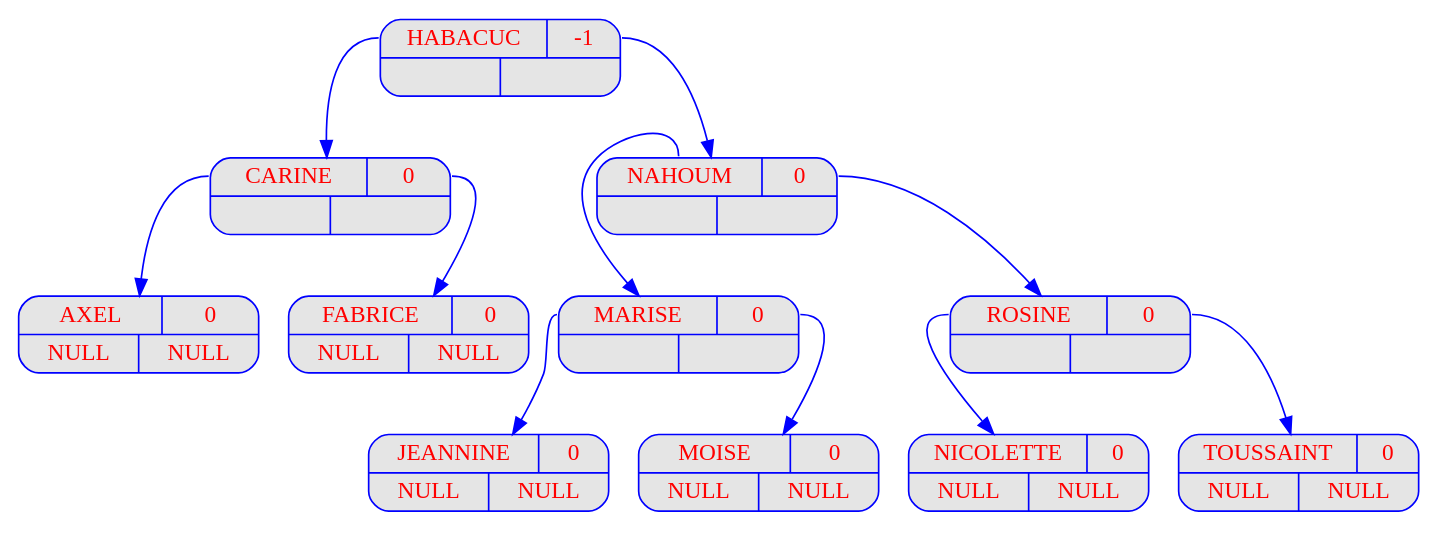
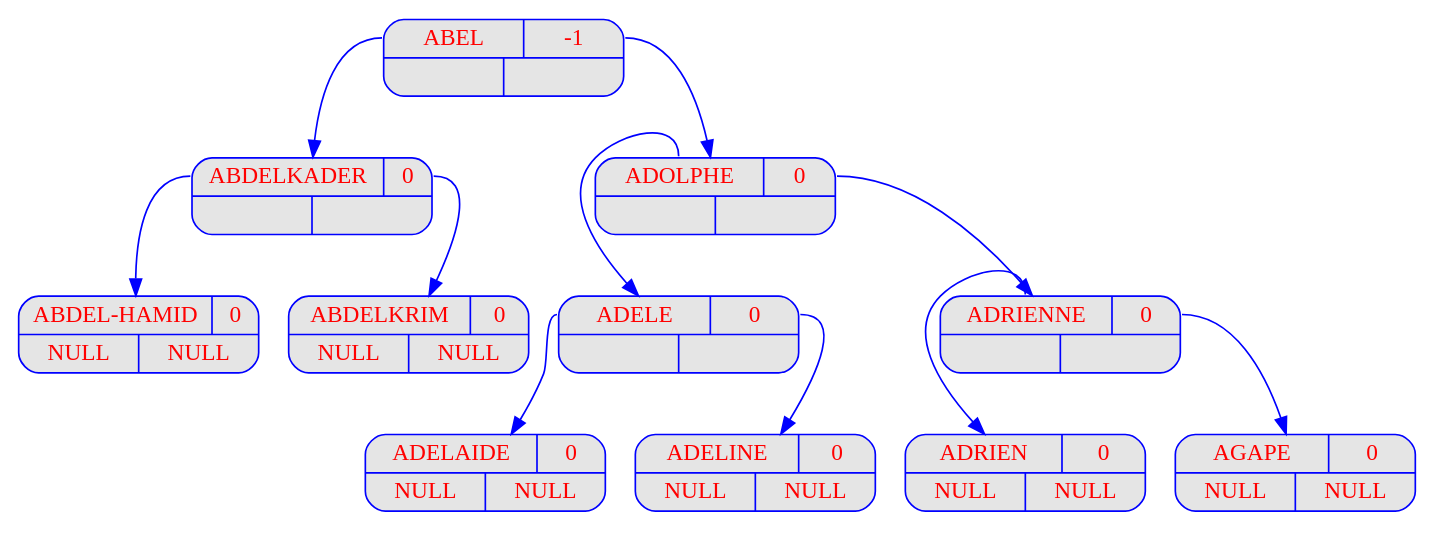
One commit to FilRougeAAP/Fil_Rouge changed the diagram in output_Prog1/dot/displayAVL_v10.dot. Above: the diagram before and after it, drawn with Graphviz. The commit also changed 212 other files, not shown here.

```diff
--- a/output_Prog1/dot/displayAVL_v10.dot
+++ b/output_Prog1/dot/displayAVL_v10.dot
@@ -1,98 +1,44 @@
 digraph displayAVL {
 	node [
 		fontname  = "Arial bold" 
 		fontsize  = "14"
 		fontcolor = "red"
 		style     = "rounded, filled"
 		shape     = "record"
 		fillcolor = "grey90"
 		color     = "blue"
 		width     = "2"
 	]
 
 	edge [
 		color     = "blue"
 	]
 
-	HABACUC
- [label = "{{<g> HABACUC
- | <d> -1 } | { <g> | <d>}}"];
-	HABACUC
-:g -> CARINE
-;
-	CARINE
- [label = "{{<g> CARINE
- | <d> 0 } | { <g> | <d>}}"];
-	CARINE
-:g -> AXEL
-;
-	AXEL
- [label = "{{<g> AXEL
- | <d> 0 } | { <g> | <d>}}"];
-	AXEL
- [label = "{{<g> AXEL
- | <d> 0 }| { <g> NULL | <d> NULL}}"];
-	CARINE
-:d -> FABRICE
-;
-	FABRICE
- [label = "{{<g> FABRICE
- | <d> 0 } | { <g> | <d>}}"];
-	FABRICE
- [label = "{{<g> FABRICE
- | <d> 0 }| { <g> NULL | <d> NULL}}"];
-	HABACUC
-:d -> NAHOUM
-;
-	NAHOUM
- [label = "{{<g> NAHOUM
- | <d> 0 } | { <g> | <d>}}"];
-	NAHOUM
-:g -> MARISE
-;
-	MARISE
- [label = "{{<g> MARISE
- | <d> 0 } | { <g> | <d>}}"];
-	MARISE
-:g -> JEANNINE
-;
-	JEANNINE
- [label = "{{<g> JEANNINE
- | <d> 0 } | { <g> | <d>}}"];
-	JEANNINE
- [label = "{{<g> JEANNINE
- | <d> 0 }| { <g> NULL | <d> NULL}}"];
-	MARISE
-:d -> MOISE
-;
-	MOISE
- [label = "{{<g> MOISE
- | <d> 0 } | { <g> | <d>}}"];
-	MOISE
- [label = "{{<g> MOISE
- | <d> 0 }| { <g> NULL | <d> NULL}}"];
-	NAHOUM
-:d -> ROSINE
-;
-	ROSINE
- [label = "{{<g> ROSINE
- | <d> 0 } | { <g> | <d>}}"];
-	ROSINE
-:g -> NICOLETTE
-;
-	NICOLETTE
- [label = "{{<g> NICOLETTE
- | <d> 0 } | { <g> | <d>}}"];
-	NICOLETTE
- [label = "{{<g> NICOLETTE
- | <d> 0 }| { <g> NULL | <d> NULL}}"];
-	ROSINE
-:d -> TOUSSAINT
-;
-	TOUSSAINT
- [label = "{{<g> TOUSSAINT
- | <d> 0 } | { <g> | <d>}}"];
-	TOUSSAINT
- [label = "{{<g> TOUSSAINT
- | <d> 0 }| { <g> NULL | <d> NULL}}"];
+	"ABEL" [label = "{{<g> ABEL | <d> -1 } | { <g> | <d>}}"];
+	"ABEL":g -> "ABDELKADER";
+	"ABDELKADER" [label = "{{<g> ABDELKADER | <d> 0 } | { <g> | <d>}}"];
+	"ABDELKADER":g -> "ABDEL-HAMID";
+	"ABDEL-HAMID" [label = "{{<g> ABDEL-HAMID | <d> 0 } | { <g> | <d>}}"];
+	"ABDEL-HAMID" [label = "{{<g> ABDEL-HAMID | <d> 0 }| { <g> NULL | <d> NULL}}"];
+	"ABDELKADER":d -> "ABDELKRIM";
+	"ABDELKRIM" [label = "{{<g> ABDELKRIM | <d> 0 } | { <g> | <d>}}"];
+	"ABDELKRIM" [label = "{{<g> ABDELKRIM | <d> 0 }| { <g> NULL | <d> NULL}}"];
+	"ABEL":d -> "ADOLPHE";
+	"ADOLPHE" [label = "{{<g> ADOLPHE | <d> 0 } | { <g> | <d>}}"];
+	"ADOLPHE":g -> "ADELE";
+	"ADELE" [label = "{{<g> ADELE | <d> 0 } | { <g> | <d>}}"];
+	"ADELE":g -> "ADELAIDE";
+	"ADELAIDE" [label = "{{<g> ADELAIDE | <d> 0 } | { <g> | <d>}}"];
+	"ADELAIDE" [label = "{{<g> ADELAIDE | <d> 0 }| { <g> NULL | <d> NULL}}"];
+	"ADELE":d -> "ADELINE";
+	"ADELINE" [label = "{{<g> ADELINE | <d> 0 } | { <g> | <d>}}"];
+	"ADELINE" [label = "{{<g> ADELINE | <d> 0 }| { <g> NULL | <d> NULL}}"];
+	"ADOLPHE":d -> "ADRIENNE";
+	"ADRIENNE" [label = "{{<g> ADRIENNE | <d> 0 } | { <g> | <d>}}"];
+	"ADRIENNE":g -> "ADRIEN";
+	"ADRIEN" [label = "{{<g> ADRIEN | <d> 0 } | { <g> | <d>}}"];
+	"ADRIEN" [label = "{{<g> ADRIEN | <d> 0 }| { <g> NULL | <d> NULL}}"];
+	"ADRIENNE":d -> "AGAPE";
+	"AGAPE" [label = "{{<g> AGAPE | <d> 0 } | { <g> | <d>}}"];
+	"AGAPE" [label = "{{<g> AGAPE | <d> 0 }| { <g> NULL | <d> NULL}}"];
 }
```
